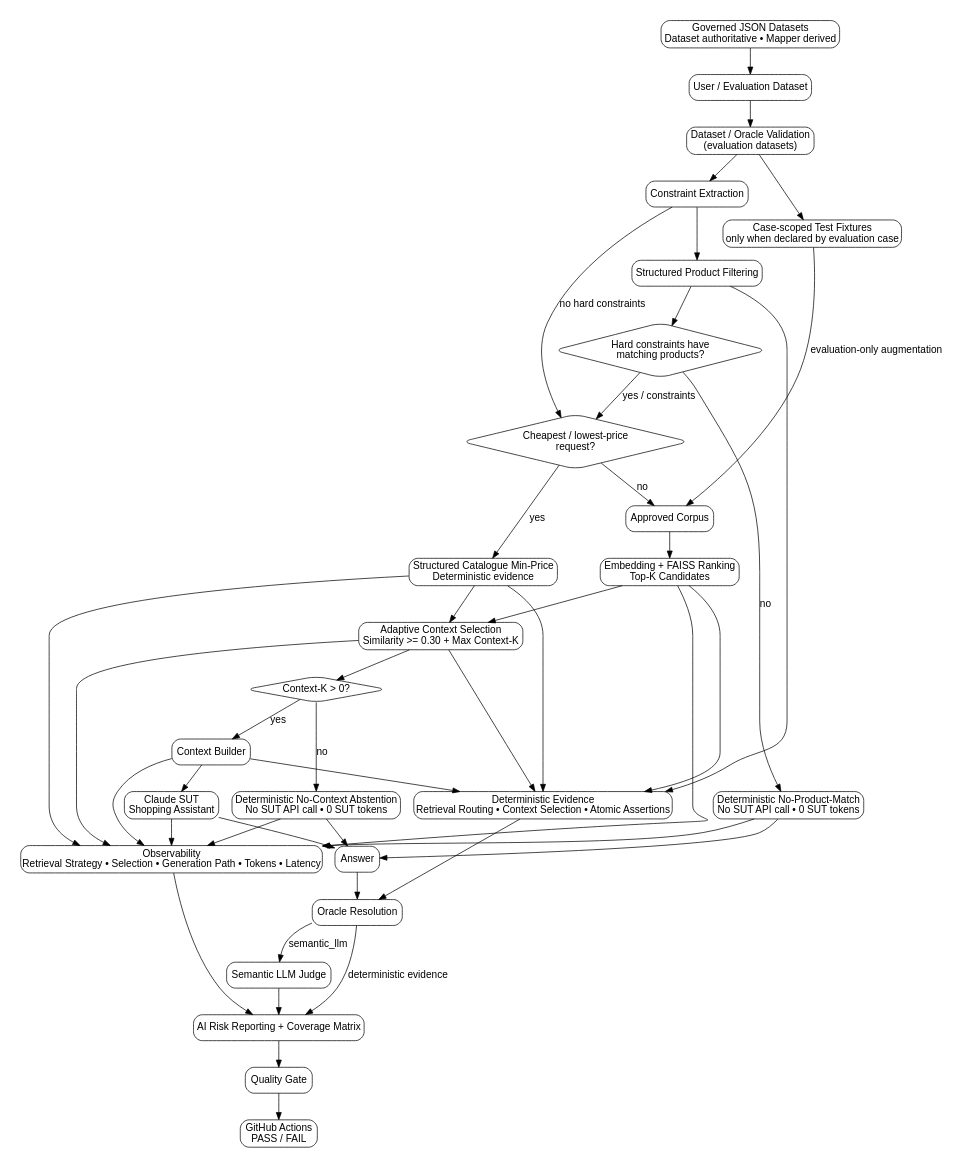
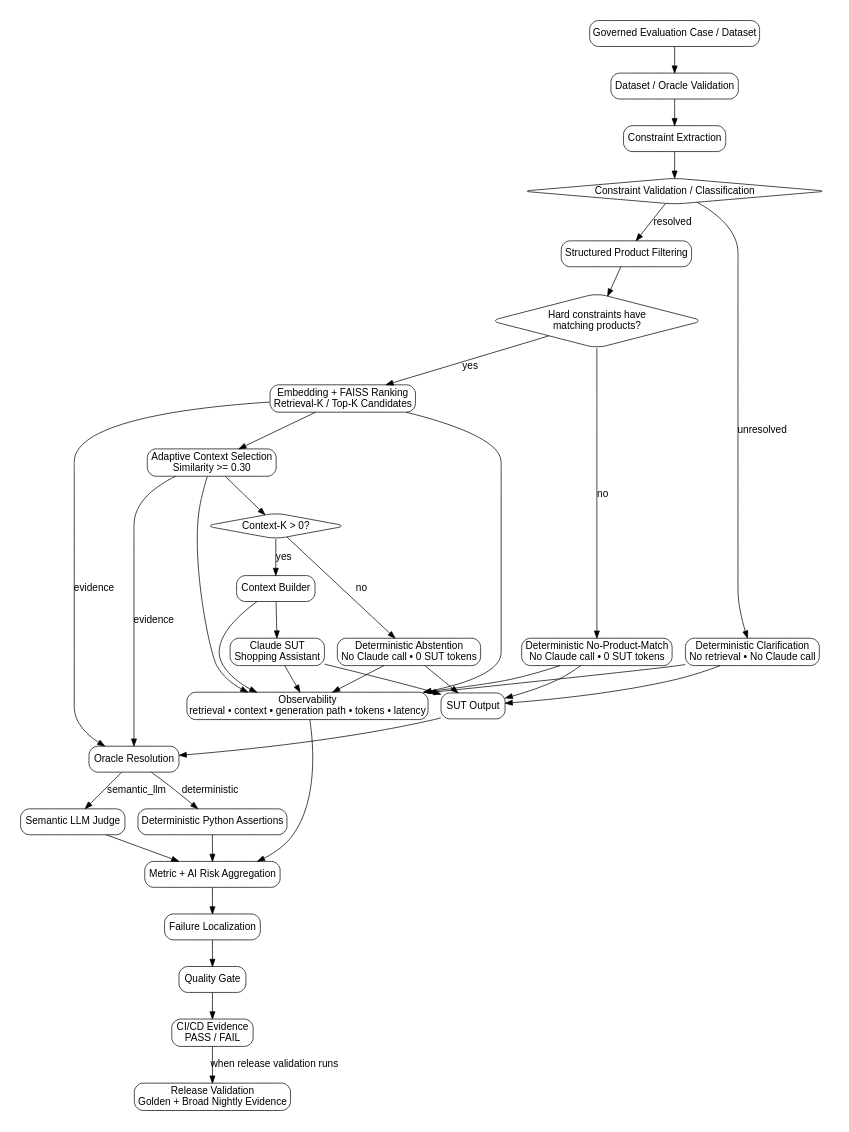
One commit to oleksandrserhieiev-beep/ai-qe-lab changed the diagram in docs/overall.dot. Above: the diagram before and after it, drawn with Graphviz.

Commit message:
Align overall DOT source with current framework architecture

```diff
--- a/docs/overall.dot
+++ b/docs/overall.dot
@@ -1,73 +1,65 @@
 digraph G {
   rankdir=TB;
   graph [fontname="Arial", bgcolor="white", pad="0.3"];
   node [shape=box, style="rounded", fontname="Arial"];
   edge [fontname="Arial"];
 
-  Dataset [label="User / Evaluation Dataset"];
-  Validation [label="Dataset / Oracle Validation\n(evaluation datasets)"];
-  Fixtures [label="Case-scoped Test Fixtures\nonly when declared by evaluation case"];
+  Dataset [label="Governed Evaluation Case / Dataset"];
+  Validation [label="Dataset / Oracle Validation"];
   Constraints [label="Constraint Extraction"];
+  ConstraintValidation [label="Constraint Validation / Classification", shape=diamond];
+  Clarify [label="Deterministic Clarification\nNo retrieval • No Claude call"];
   Filter [label="Structured Product Filtering"];
   Match [label="Hard constraints have\nmatching products?", shape=diamond];
-  NoMatch [label="Deterministic No-Product-Match\nNo SUT API call • 0 SUT tokens"];
-  Cheapest [label="Cheapest / lowest-price\nrequest?", shape=diamond];
-  MinPrice [label="Structured Catalogue Min-Price\nDeterministic evidence"];
-  Corpus [label="Approved Corpus"];
-  Retrieval [label="Embedding + FAISS Ranking\nTop-K Candidates"];
-  ContextK [label="Adaptive Context Selection\nSimilarity >= 0.30 + Max Context-K"];
+  NoMatch [label="Deterministic No-Product-Match\nNo Claude call • 0 SUT tokens"];
+  Retrieval [label="Embedding + FAISS Ranking\nRetrieval-K / Top-K Candidates"];
+  ContextK [label="Adaptive Context Selection\nSimilarity >= 0.30"];
   HasContext [label="Context-K > 0?", shape=diamond];
   Context [label="Context Builder"];
   SUT [label="Claude SUT\nShopping Assistant"];
-  Abstain [label="Deterministic No-Context Abstention\nNo SUT API call • 0 SUT tokens"];
-  Answer [label="Answer"];
+  Abstain [label="Deterministic Abstention\nNo Claude call • 0 SUT tokens"];
+  Answer [label="SUT Output"];
 
-  Py [label="Deterministic Evidence\nRetrieval Routing • Context Selection • Atomic Assertions"];
   Oracle [label="Oracle Resolution"];
+  Py [label="Deterministic Python Assertions"];
   Judge [label="Semantic LLM Judge"];
-  Risk [label="AI Risk Reporting + Coverage Matrix"];
+  Risk [label="Metric + AI Risk Aggregation"];
+  Loc [label="Failure Localization"];
   Gate [label="Quality Gate"];
-  CI [label="GitHub Actions\nPASS / FAIL"];
-  Telemetry [label="Observability\nRetrieval Strategy • Selection • Generation Path • Tokens • Latency"];
-  Governance [label="Governed JSON Datasets\nDataset authoritative • Mapper derived"];
+  CI [label="CI/CD Evidence\nPASS / FAIL"];
+  Release [label="Release Validation\nGolden + Broad Nightly Evidence"];
+  Telemetry [label="Observability\nretrieval • context • generation path • tokens • latency"];
 
-  Dataset -> Validation -> Constraints -> Filter;
-  Validation -> Fixtures;
-  Fixtures -> Corpus [label="evaluation-only augmentation"];
+  Dataset -> Validation -> Constraints -> ConstraintValidation;
+  ConstraintValidation -> Clarify [label="unresolved"];
+  Clarify -> Answer;
+  ConstraintValidation -> Filter [label="resolved"];
   Filter -> Match;
   Match -> NoMatch [label="no"];
   NoMatch -> Answer;
-  Match -> Cheapest [label="yes / constraints"];
-  Constraints -> Cheapest [label="no hard constraints"];
-  Cheapest -> MinPrice [label="yes"];
-  Cheapest -> Corpus [label="no"];
-  MinPrice -> ContextK;
-  Corpus -> Retrieval -> ContextK;
-  ContextK -> HasContext;
+  Match -> Retrieval [label="yes"];
+  Retrieval -> ContextK -> HasContext;
   HasContext -> Context [label="yes"];
   Context -> SUT -> Answer;
   HasContext -> Abstain [label="no"];
   Abstain -> Answer;
 
-  Filter -> Py;
-  MinPrice -> Py;
-  Retrieval -> Py;
-  ContextK -> Py;
-  Context -> Py;
   Answer -> Oracle;
-  Py -> Oracle;
+  Retrieval -> Oracle [label="evidence"];
+  ContextK -> Oracle [label="evidence"];
+  Oracle -> Py [label="deterministic"];
   Oracle -> Judge [label="semantic_llm"];
-  Oracle -> Risk [label="deterministic evidence"];
+  Py -> Risk;
   Judge -> Risk;
-  Risk -> Gate -> CI;
+  Risk -> Loc -> Gate -> CI;
+  CI -> Release [label="when release validation runs"];
 
+  Clarify -> Telemetry;
   NoMatch -> Telemetry;
-  MinPrice -> Telemetry;
   Retrieval -> Telemetry;
   ContextK -> Telemetry;
   Context -> Telemetry;
   SUT -> Telemetry;
   Abstain -> Telemetry;
   Telemetry -> Risk;
-  Governance -> Dataset;
 }
```
